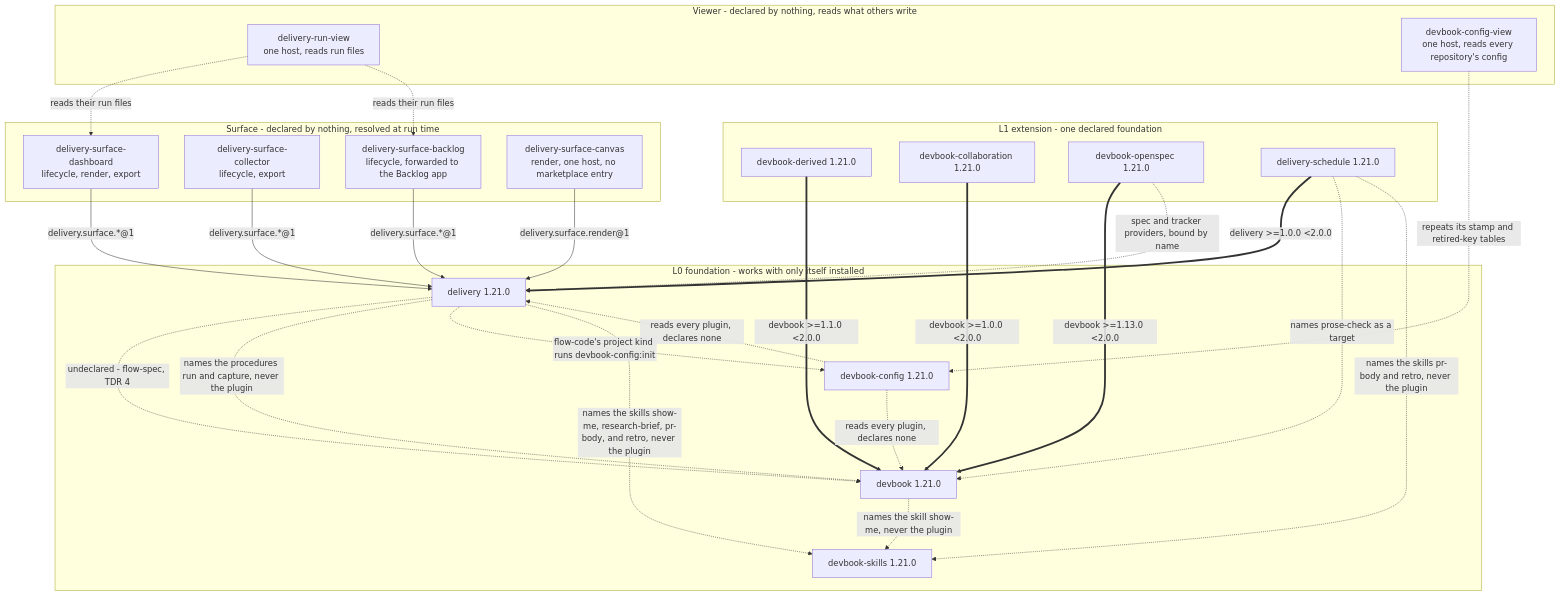
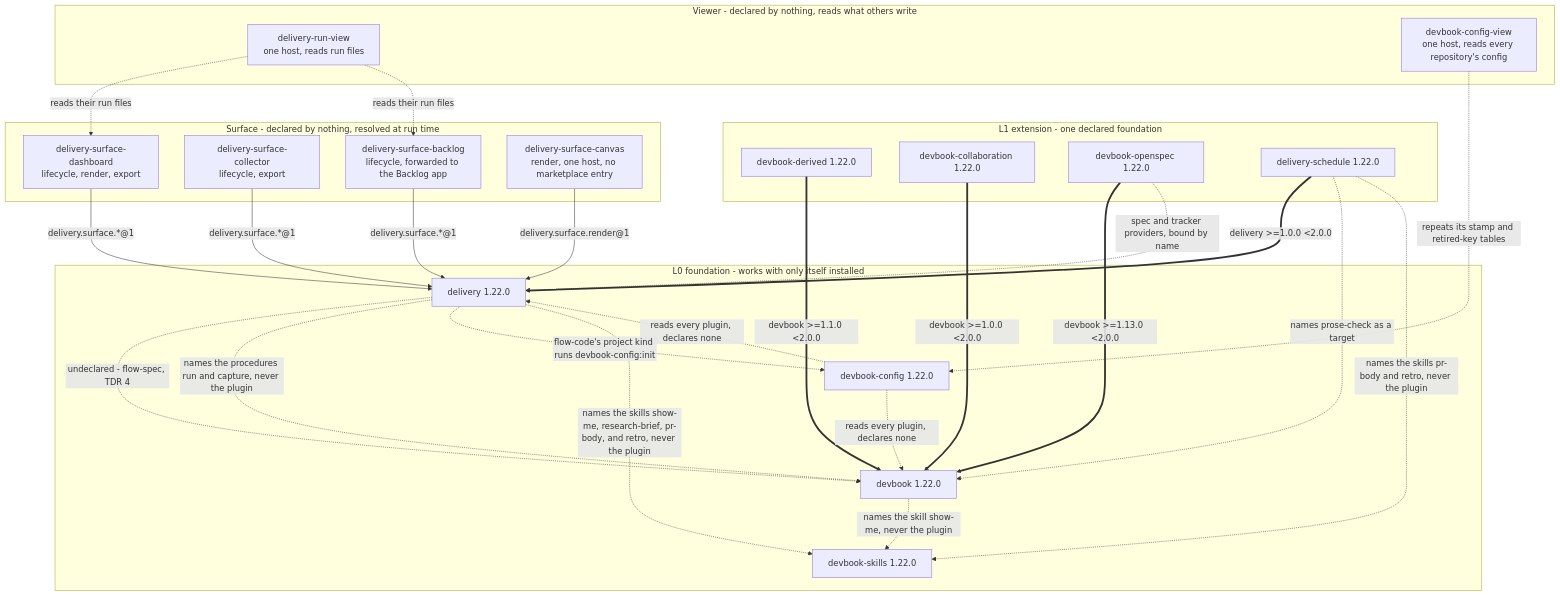
The first of 3 diagrams in .devbook/arc42/05-building-block-view.md (JSdotNet/ai-agent-stack), drawn with Mermaid before and after one commit. The commit also changed 27 other files, not shown here.

````diff
--- a/.devbook/arc42/05-building-block-view.md
+++ b/.devbook/arc42/05-building-block-view.md
@@ -29,52 +29,52 @@
 ```mermaid
 flowchart TB
     subgraph L0["L0 foundation - works with only itself installed"]
-        DEV["devbook 1.21.0"]
-        DEL["delivery 1.21.0"]
-        CFG["devbook-config 1.21.0"]
-        SKL["devbook-skills 1.21.0"]
+        DEV["devbook 1.22.0"]
+        DEL["delivery 1.22.0"]
+        CFG["devbook-config 1.22.0"]
+        SKL["devbook-skills 1.22.0"]
     end
 
     subgraph L1["L1 extension - one declared foundation"]
-        DBD["devbook-derived 1.21.0"]
-        DBC["devbook-collaboration 1.21.0"]
-        DOS["devbook-openspec 1.21.0"]
-        SCH["delivery-schedule 1.21.0"]
+        DBD["devbook-derived 1.22.0"]
+        DBC["devbook-collaboration 1.22.0"]
+        DOS["devbook-openspec 1.22.0"]
+        SCH["delivery-schedule 1.22.0"]
     end
 
     subgraph SURF["Surface - declared by nothing, resolved at run time"]
         SD["delivery-surface-dashboard<br/>lifecycle, render, export"]
         SL["delivery-surface-collector<br/>lifecycle, export"]
         SB["delivery-surface-backlog<br/>lifecycle, forwarded to the Backlog app"]
         SC["delivery-surface-canvas<br/>render, one host, no marketplace entry"]
     end
 
     subgraph VIEW["Viewer - declared by nothing, reads what others write"]
         RV["delivery-run-view<br/>one host, reads run files"]
         CV["devbook-config-view<br/>one host, reads every repository's config"]
     end
 
     DBD ==>|"devbook >=1.1.0 &lt;2.0.0"| DEV
     DBC ==>|"devbook >=1.0.0 &lt;2.0.0"| DEV
     DOS ==>|"devbook >=1.13.0 &lt;2.0.0"| DEV
     SCH ==>|"delivery >=1.0.0 &lt;2.0.0"| DEL
 
     SD -->|"delivery.surface.*@1"| DEL
     SL -->|"delivery.surface.*@1"| DEL
     SB -->|"delivery.surface.*@1"| DEL
     SC -->|"delivery.surface.render@1"| DEL
     RV -.->|"reads their run files"| SD
     RV -.->|"reads their run files"| SB
     CV -.->|"repeats its stamp and retired-key tables"| CFG
 
     SCH -.->|"names prose-check as a target"| DEV
     DEL -.->|"undeclared - flow-spec, TDR 4"| DEV
     DEL -.->|"names the procedures run and capture, never the plugin"| DEV
     CFG -.->|"reads every plugin, declares none"| DEV
     CFG -.->|"reads every plugin, declares none"| DEL
     DEL -.->|"flow-code's project kind runs devbook-config:init"| CFG
     DOS -.->|"spec and tracker providers, bound by name"| DEL
     DEV -.->|"names the skill show-me, never the plugin"| SKL
     DEL -.->|"names the skills show-me, research-brief, pr-body, and retro, never the plugin"| SKL
     SCH -.->|"names the skills pr-body and retro, never the plugin"| SKL
 ```
````
